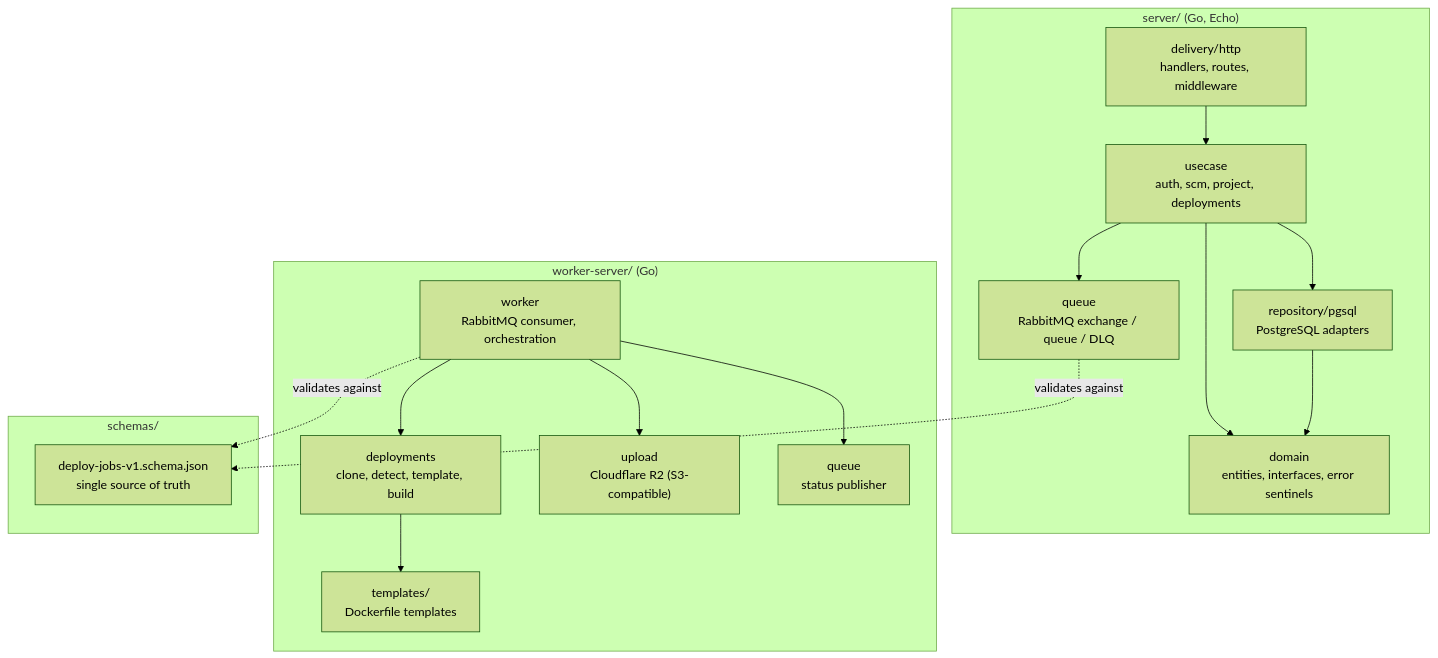
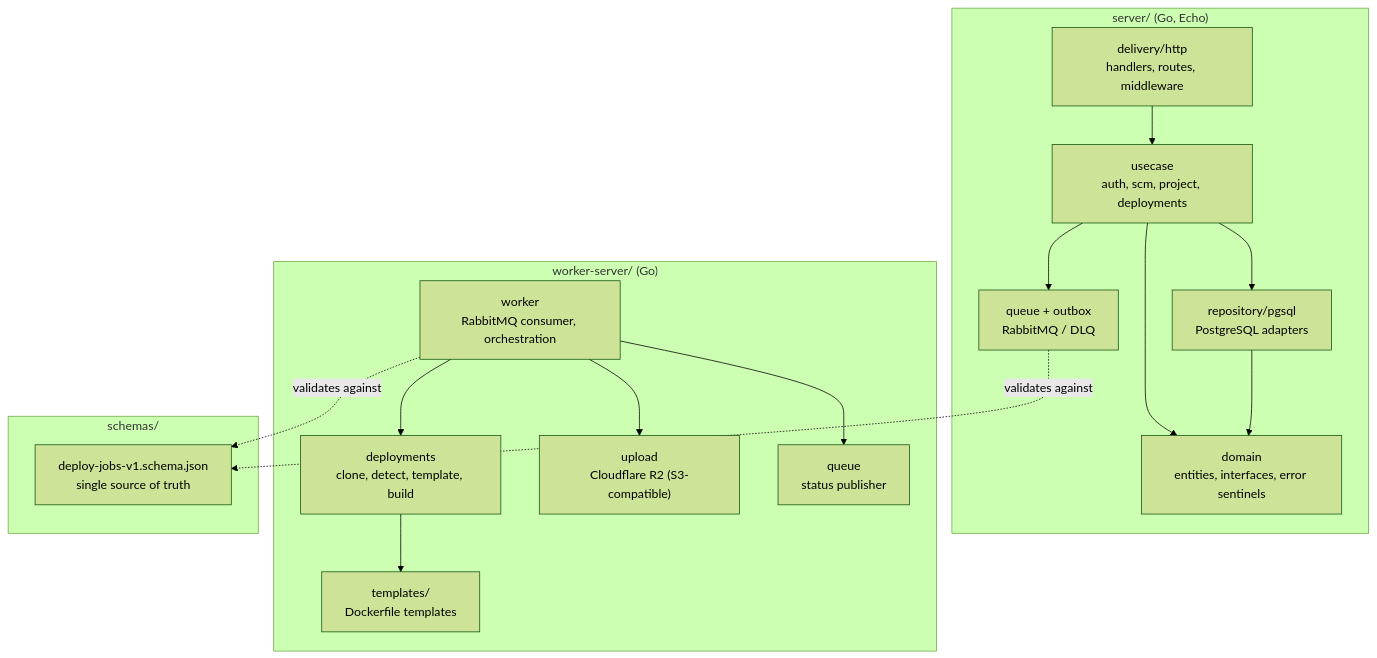
One commit to Parth06102006/Zero-Devops changed the third of 4 diagrams in README.md. Above: the diagram before and after it, drawn with Mermaid (forest theme). The commit also changed other lines of this file and 2 other files, not shown here.

````diff
--- a/README.md
+++ b/README.md
@@ -105,24 +105,24 @@
 ```mermaid
 flowchart TD
     subgraph Server["server/ (Go, Echo)"]
         SD["delivery/http<br/>handlers, routes, middleware"] --> SU["usecase<br/>auth, scm, project, deployments"]
         SU --> SR["repository/pgsql<br/>PostgreSQL adapters"]
         SU --> SDom["domain<br/>entities, interfaces, error sentinels"]
         SR --> SDom
-        SU --> SQ["queue<br/>RabbitMQ exchange / queue / DLQ"]
+        SU --> SQ["queue + outbox<br/>RabbitMQ / DLQ"]
     end
 
     subgraph Worker["worker-server/ (Go)"]
         WC["worker<br/>RabbitMQ consumer, orchestration"] --> WB["deployments<br/>clone, detect, template, build"]
         WB --> WT["templates/<br/>Dockerfile templates"]
         WC --> WU["upload<br/>Cloudflare R2 (S3-compatible)"]
         WC --> WQ["queue<br/>status publisher"]
     end
 
     subgraph Shared["schemas/"]
         SC["deploy-jobs-v1.schema.json<br/>single source of truth"]
     end
 
     SQ -.->|"validates against"| SC
     WC -.->|"validates against"| SC
 ```
````
